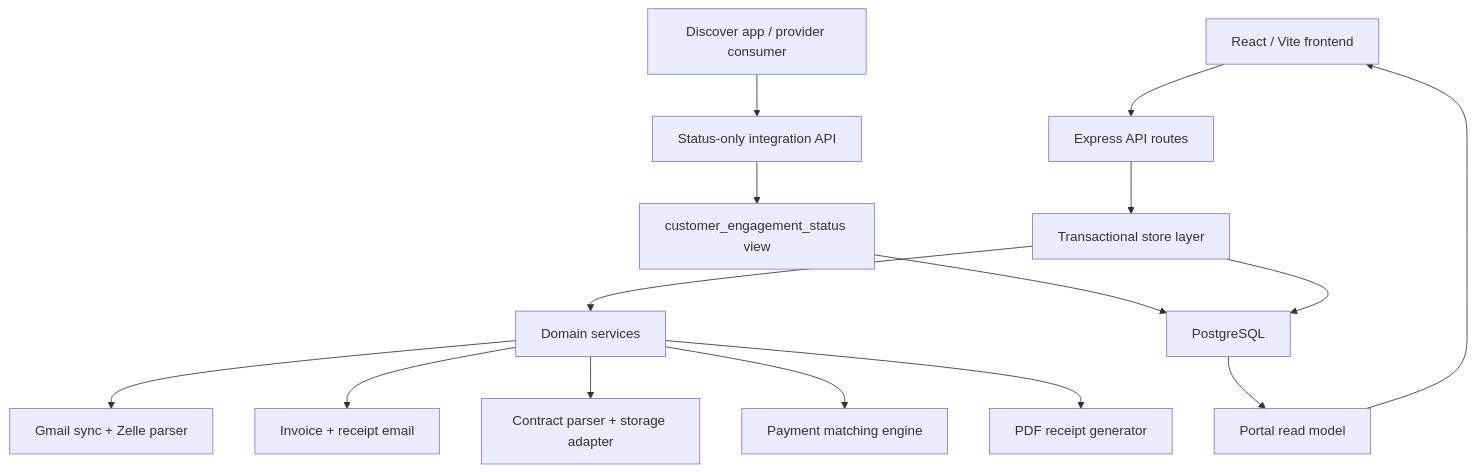
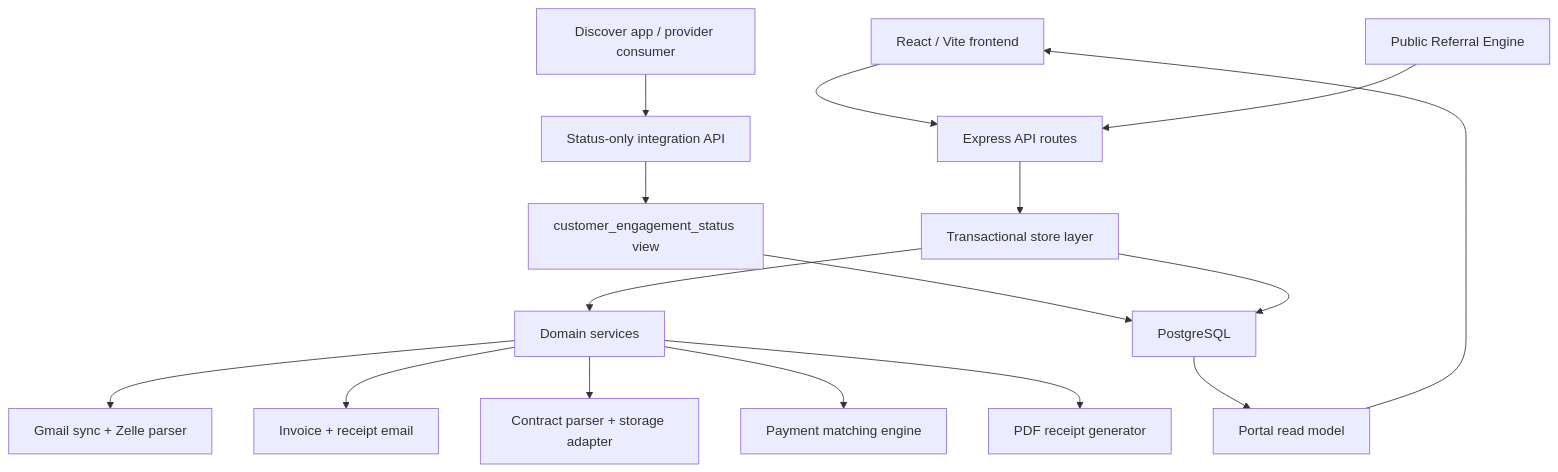
The first of 4 diagrams in docs/architecture.md (dlk710/setu-finance), drawn with Mermaid before and after one commit. The commit also changed other lines of this file and 32 other files, not shown here.

````diff
--- a/docs/architecture.md
+++ b/docs/architecture.md
@@ -11,17 +11,18 @@
 ```mermaid
 flowchart TD
     UI["React / Vite frontend"] --> API["Express API routes"]
     Discover["Discover app / provider consumer"] --> IntegrationAPI["Status-only integration API"]
     IntegrationAPI --> DBView["customer_engagement_status view"]
     DBView --> DB
     API --> Store["Transactional store layer"]
+    PublicReferral["Public Referral Engine"] --> API
     Store --> Domain["Domain services"]
     Store --> DB["PostgreSQL"]
     Domain --> Gmail["Gmail sync + Zelle parser"]
     Domain --> Email["Invoice + receipt email"]
     Domain --> Contracts["Contract parser + storage adapter"]
     Domain --> Matching["Payment matching engine"]
     Domain --> Receipts["PDF receipt generator"]
     DB --> ReadModel["Portal read model"]
     ReadModel --> UI
 ```
````
